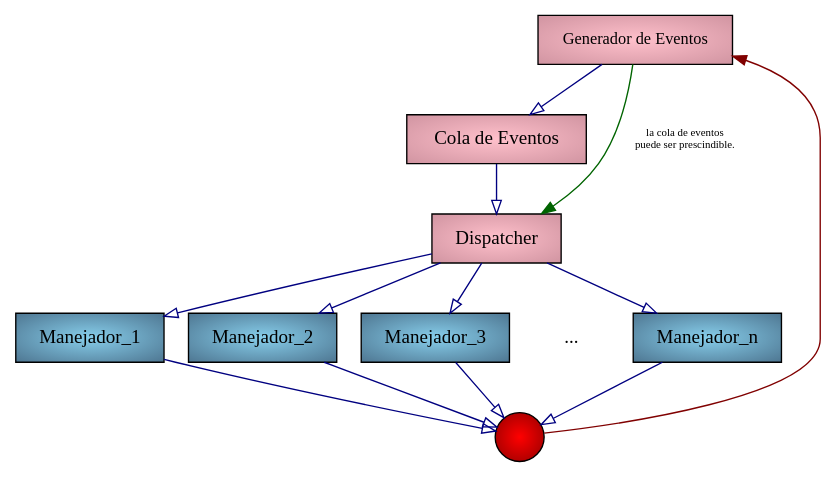
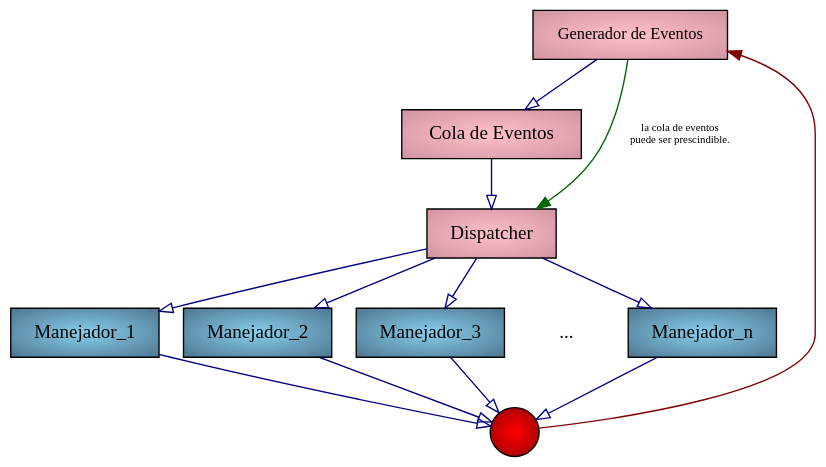
Before and after one commit to antoniocorbibellot/graphviz: the diagram in pde.gv, drawn with Graphviz.

Commit message:
Fondo transparente en pde.gv.

```diff
--- a/pde.gv
+++ b/pde.gv
@@ -1,52 +1,54 @@
 digraph pde
 {
     ///////////
     // Nodos //
     ///////////
+    bgcolor=transparent;
+    //bgcolor=gray90;
     // Event Generator
     ge [margin = "0" width = "1"
         fontcolor = "black" fontsize = "12"
         shape = "box" style = "radial" fillcolor = "pink:pink3"
         label = " Generador de Eventos "];
     // Event Queue
     ce [label = "Cola de Eventos" fontcolor = "black"
         style = "radial" fillcolor = "pink:pink3" shape = "box"];
     // Dsipatcher
     dp [label = "Dispatcher" fontcolor = "black"
         style = "radial" fillcolor = "pink:pink3" shape = "box"];
     // Managers
     m1 [label = "Manejador_1" fontcolor = "black"
         style = "radial" fillcolor = "skyblue:skyblue4" shape = "box"];
     m2 [label = "Manejador_2" fontcolor = "black"
         style = "radial" fillcolor = "skyblue:skyblue4" shape = "box"];
     m3 [label = "Manejador_3" fontcolor = "black"
         style = "radial" fillcolor = "skyblue:skyblue4" shape = "box"];
     mp [label = "..." fontcolor = "black" shape = "none"];
     mn [label = "Manejador_n" fontcolor = "black"
         style = "radial" fillcolor = "skyblue:skyblue4" shape = "box"];
     // End point
     ep [label = "" style = "radial" fillcolor = "red1:red4" shape = "circle"];
 
     ////////////////
     // Conexiones //
     ////////////////
     //todas las flechas tienen la cabeza no-rellena
     edge [arrowhead = "onormal" color=navy]
     //
     ge -> ce 
     ce -> dp 
     dp -> m1 
     dp -> m2 
     dp -> m3 
     dp -> mp [style = "invis"];
     dp -> mn;
     m1 -> ep;
     m2 -> ep;
     m3 -> ep;
     mp -> ep [style = "invis"];
     mn -> ep;
     ep -> ge [color=maroon arrowhead=normal];
     ge -> dp [label=" la cola de eventos\npuede ser prescindible."
               fontsize=8 color=darkgreen arrowhead=normal];
     
 }
```
